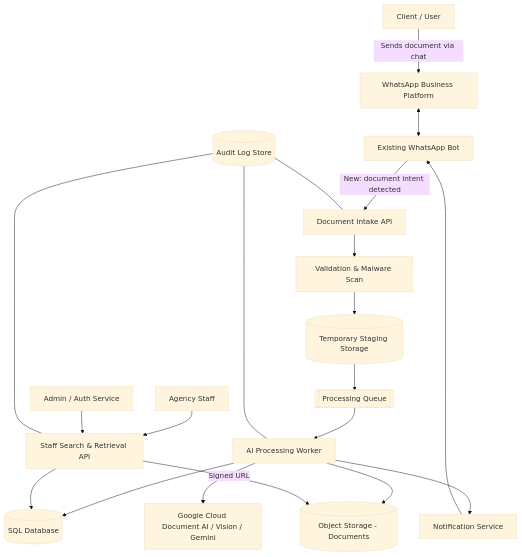
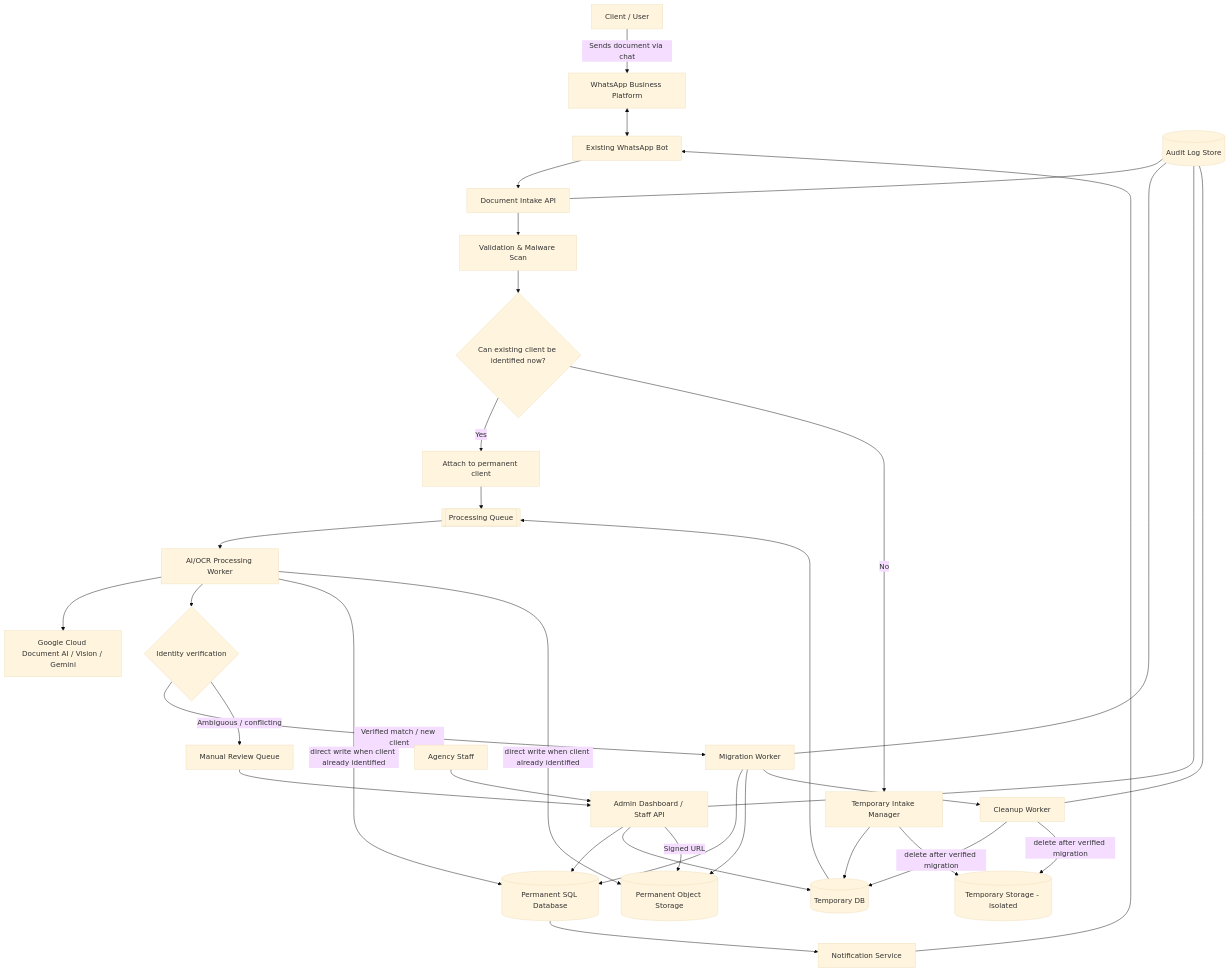
The first of 16 diagrams in Docs/WhatsApp-Document-Submission-Proposal.md (emlynk-pixel/EmlynkWABot), drawn with Mermaid (base theme) before and after one commit. The commit also changed other lines of this file, not shown here.

Commit message:
docs: update WhatsApp-Document-Submission-Proposal.md to v2.0

````diff
--- a/Docs/WhatsApp-Document-Submission-Proposal.md
+++ b/Docs/WhatsApp-Document-Submission-Proposal.md
@@ -134,22 +175,37 @@
 ```mermaid
 flowchart TB
     U[Client / User] -->|Sends document via chat| WA[WhatsApp Business Platform]
     WA <--> BOT[Existing WhatsApp Bot]
-    BOT -->|New: document intent detected| GW[Document Intake API]
+    BOT --> GW[Document Intake API]
     GW --> VAL[Validation & Malware Scan]
-    VAL --> TMP[(Temporary Staging Storage)]
-    TMP --> Q[[Processing Queue]]
-    Q --> WRK[AI Processing Worker]
+    VAL --> IDCHK{Can existing client be identified now?}
+    IDCHK -->|Yes| PERMFLOW[Attach to permanent client]
+    IDCHK -->|No| TIM[Temporary Intake Manager]
+    TIM --> TDB[(Temporary DB)]
+    TIM --> TSTORE[(Temporary Storage - isolated)]
+    PERMFLOW --> Q[[Processing Queue]]
+    TDB --> Q
+    Q --> WRK[AI/OCR Processing Worker]
     WRK --> AI[Google Cloud Document AI / Vision / Gemini]
-    WRK --> DB[(SQL Database)]
-    WRK --> OBJ[(Object Storage - Documents)]
-    WRK --> NOTIFY[Notification Service]
+    WRK --> IDVER{Identity verification}
+    IDVER -->|Verified match / new client| MIG[Migration Worker]
+    IDVER -->|Ambiguous / conflicting| REVIEW[Manual Review Queue]
+    MIG --> DB[(Permanent SQL Database)]
+    MIG --> OBJ[(Permanent Object Storage)]
+    MIG --> CLEAN[Cleanup Worker]
+    CLEAN -->|delete after verified migration| TDB
+    CLEAN -->|delete after verified migration| TSTORE
+    WRK -->|direct write when client already identified| DB
+    WRK -->|direct write when client already identified| OBJ
+    DB --> NOTIFY[Notification Service]
     NOTIFY --> BOT
-    STAFF[Agency Staff] --> STAFFAPI[Staff Search & Retrieval API]
-    STAFFAPI --> DB
-    STAFFAPI -->|Signed URL| OBJ
-    ADMIN[Admin / Auth Service] --> STAFFAPI
+    STAFF[Agency Staff] --> ADMIN[Admin Dashboard / Staff API]
+    ADMIN --> DB
+    ADMIN --> TDB
+    ADMIN -->|Signed URL| OBJ
+    REVIEW --> ADMIN
     LOG[(Audit Log Store)] --- GW
-    LOG --- STAFFAPI
-    LOG --- WRK
+    LOG --- MIG
+    LOG --- ADMIN
+    LOG --- CLEAN
 ```
````
